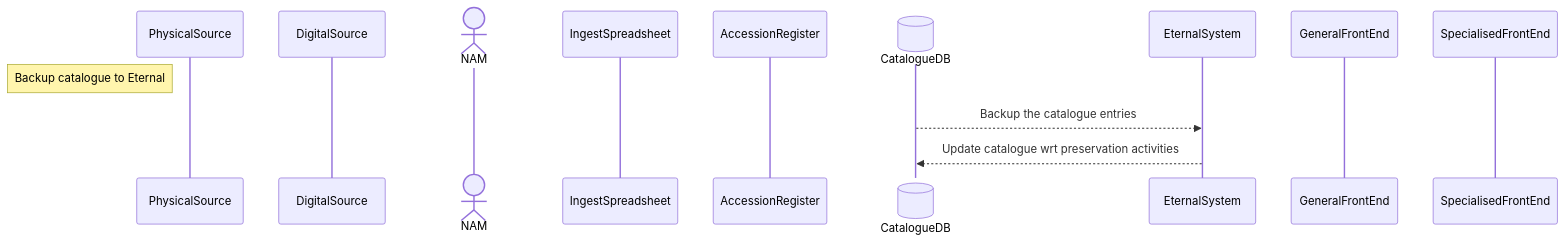
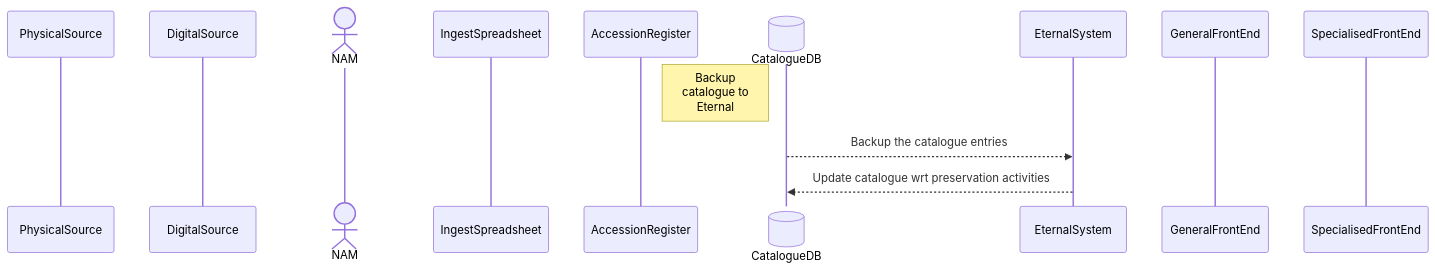
The sixth of 6 diagrams in README.md (dgiaretta/NAM), drawn with Mermaid before and after one commit. The commit also changed other lines of this file, not shown here.

````diff
--- a/README.md
+++ b/README.md
@@ -158,15 +158,15 @@
 ```mermaid
 sequenceDiagram
 participant PhysicalSource
 participant DigitalSource
 actor NAM
 participant IngestSpreadsheet
 participant AccessionRegister
 participant CatalogueDB@{ "type": "database" }
 participant EternalSystem
 participant GeneralFrontEnd
 participant SpecialisedFrontEnd
-Note left of PhysicalSource: Backup catalogue to Eternal
+Note left of CatalogueDB: Backup<br/>catalogue to<br/>Eternal
 CatalogueDB-->>EternalSystem: Backup the catalogue entries
 EternalSystem-->>CatalogueDB: Update catalogue wrt preservation activities
 ```
````
